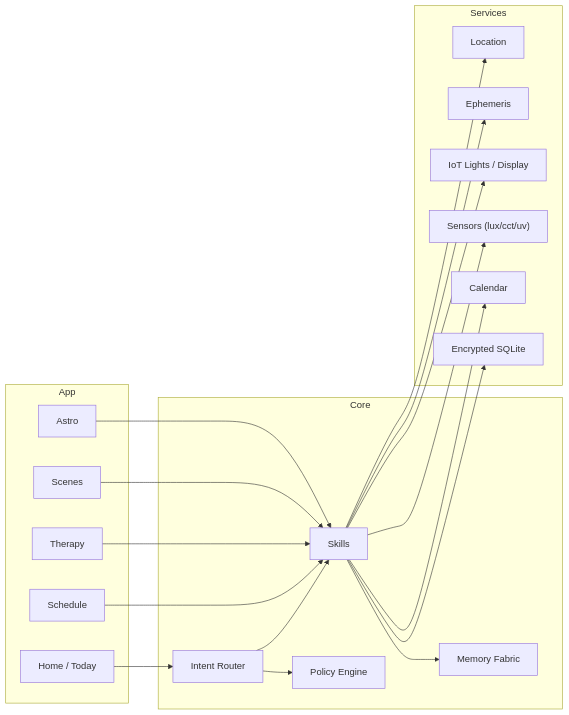
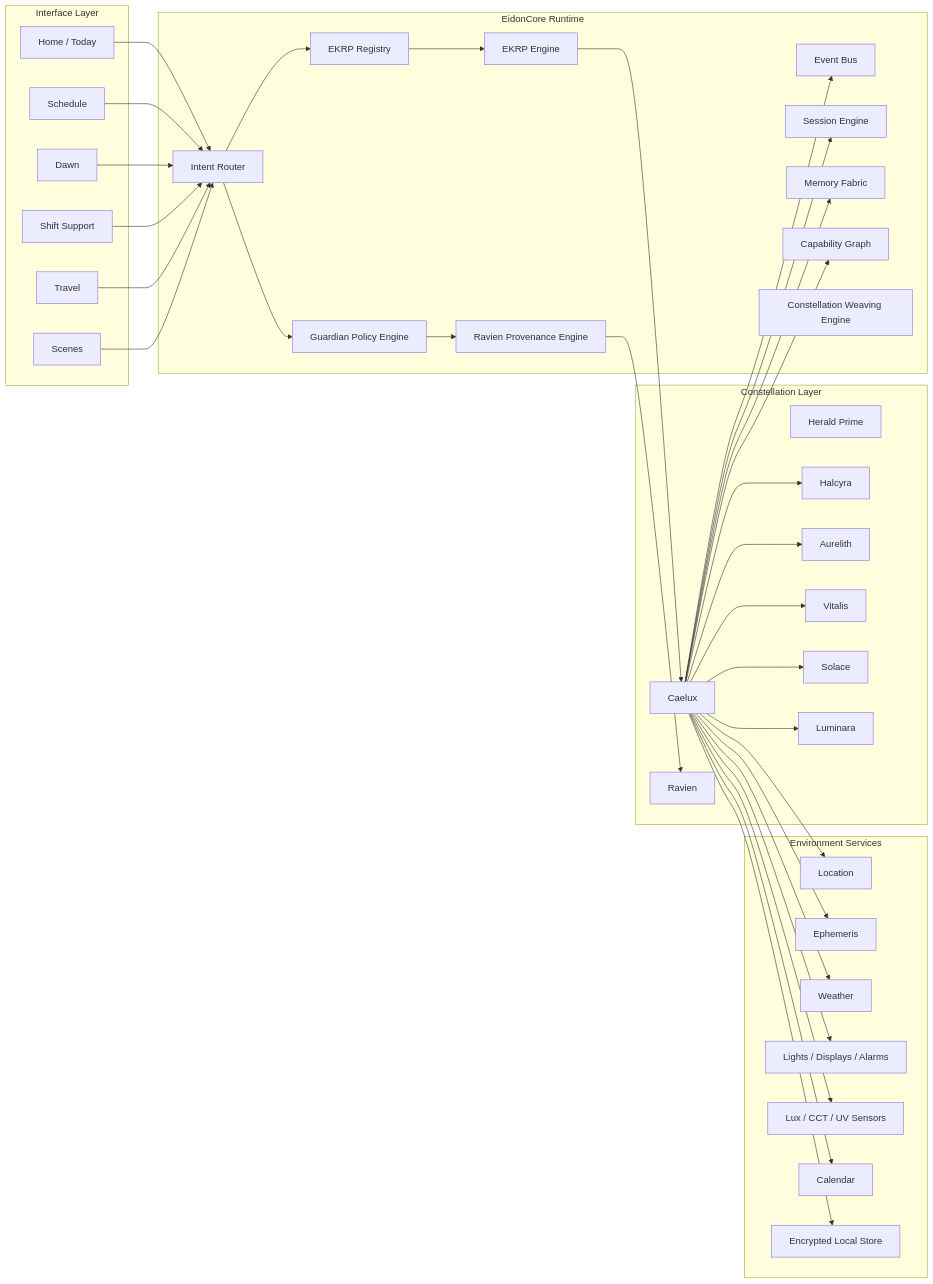
The diagram in docs/ekrps/caelux/README.md (S1ngularD2ality/eidonic-language-elol), drawn with Mermaid before and after one commit. The commit also changed other lines of this file, not shown here.

````diff
--- a/docs/ekrps/caelux/README.md
+++ b/docs/ekrps/caelux/README.md
@@ -81,40 +185,77 @@
 ```mermaid
 flowchart LR
-  subgraph App
-    HM["Home / Today"]
-    SC["Schedule"]
-    TH["Therapy"]
-    SN["Scenes"]
-    AS["Astro"]
+  subgraph Interface Layer
+    UI["Home / Today"]
+    SCH["Schedule"]
+    DAWN["Dawn"]
+    SHIFT["Shift Support"]
+    TRV["Travel"]
+    SCN["Scenes"]
   end
 
-  subgraph Core
-    IR["Intent Router"]
-    SK["Skills"]
-    MF["Memory Fabric"]
-    PE["Policy Engine"]
+  subgraph Constellation Layer
+    HP["Herald Prime"]
+    CAX["Caelux"]
+    HAL["Halcyra"]
+    AUR["Aurelith"]
+    VIT["Vitalis"]
+    SOL["Solace"]
+    LUM["Luminara"]
+    RAV["Ravien"]
   end
 
-  subgraph Services
-    LOC["Location"]
-    EP["Ephemeris"]
-    IO["IoT Lights / Display"]
-    SS["Sensors (lux/cct/uv)"]
-    CAL["Calendar"]
-    DB["Encrypted SQLite"]
+  subgraph EidonCore Runtime
+    IR["Intent Router"]
+    REG["EKRP Registry"]
+    EV["Event Bus"]
+    SE["Session Engine"]
+    MF["Memory Fabric"]
+    CG["Capability Graph"]
+    EE["EKRP Engine"]
+    CWE["Constellation Weaving Engine"]
+    GPE["Guardian Policy Engine"]
+    RPE["Ravien Provenance Engine"]
   end
 
-  HM --> IR --> SK
-  SC --> SK
-  TH --> SK
-  SN --> SK
-  AS --> SK
-  SK --> MF
-  SK --> DB
-  SK --> LOC
-  SK --> EP
-  SK --> IO
-  SK --> SS
-  SK --> CAL
-  IR --> PE
+  subgraph Environment Services
+    LOC["Location"]
+    EPH["Ephemeris"]
+    WTH["Weather"]
+    IOT["Lights / Displays / Alarms"]
+    SNS["Lux / CCT / UV Sensors"]
+    CAL["Calendar"]
+    STORE["Encrypted Local Store"]
+  end
+
+  UI --> IR
+  SCH --> IR
+  DAWN --> IR
+  SHIFT --> IR
+  TRV --> IR
+  SCN --> IR
+
+  IR --> REG
+  IR --> GPE
+  REG --> EE
+  EE --> CAX
+  CAX --> SE
+  CAX --> MF
+  CAX --> CG
+  CAX --> EV
+  CAX --> LOC
+  CAX --> EPH
+  CAX --> WTH
+  CAX --> IOT
+  CAX --> SNS
+  CAX --> CAL
+  CAX --> STORE
+
+  CAX --> HAL
+  CAX --> AUR
+  CAX --> VIT
+  CAX --> SOL
+  CAX --> LUM
+
+  GPE --> RPE
+  RPE --> RAV
 ```
````
